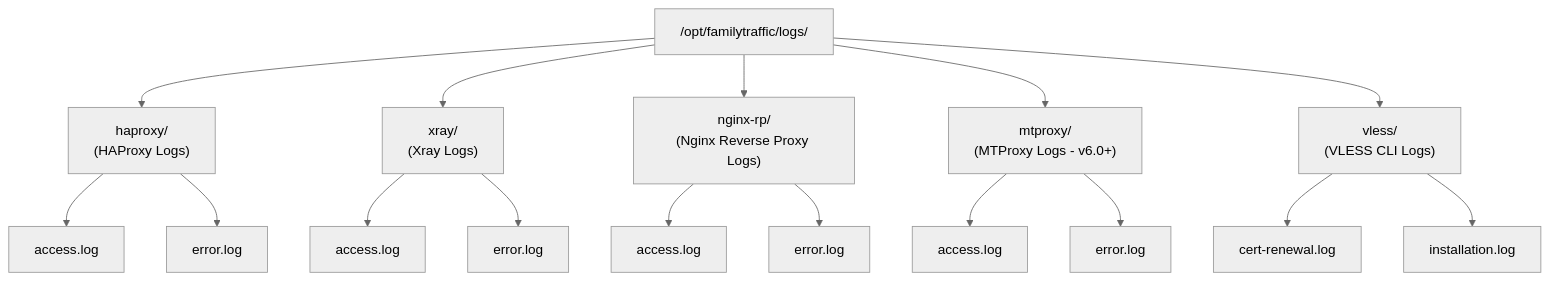
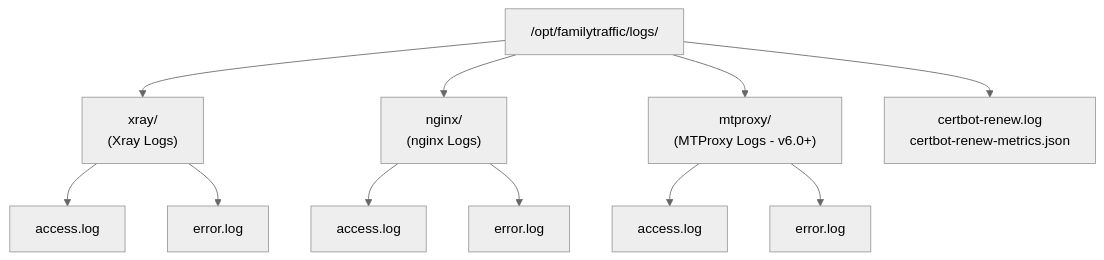
Before and after one commit to ikeniborn/vless: the sixth of 10 diagrams in docs/architecture/diagrams/deployment/filesystem-layout.md, drawn with Mermaid (neutral theme). The commit also changed other lines of this file and 24 other files, not shown here.

````diff
--- a/docs/architecture/diagrams/deployment/filesystem-layout.md
+++ b/docs/architecture/diagrams/deployment/filesystem-layout.md
@@ -221,31 +223,23 @@
 ```mermaid
 graph TB
     LogsDir["/opt/familytraffic/logs/"]
 
-    HAProxyLogs["haproxy/<br/>(HAProxy Logs)"]
     XrayLogs["xray/<br/>(Xray Logs)"]
-    NginxRPLogs["nginx-rp/<br/>(Nginx Reverse Proxy Logs)"]
+    NginxLogs["nginx/<br/>(nginx Logs)"]
     MTProxyLogs["mtproxy/<br/>(MTProxy Logs - v6.0+)"]
-    VLESSLogs["vless/<br/>(VLESS CLI Logs)"]
+    CertLogs["certbot-renew.log<br/>certbot-renew-metrics.json"]
 
-    LogsDir --> HAProxyLogs
     LogsDir --> XrayLogs
-    LogsDir --> NginxRPLogs
+    LogsDir --> NginxLogs
     LogsDir --> MTProxyLogs
-    LogsDir --> VLESSLogs
-
-    HAProxyLogs --> HAProxyAccess["access.log"]
-    HAProxyLogs --> HAProxyError["error.log"]
+    LogsDir --> CertLogs
 
     XrayLogs --> XrayAccess["access.log"]
     XrayLogs --> XrayError["error.log"]
 
-    NginxRPLogs --> NginxAccess["access.log"]
-    NginxRPLogs --> NginxError["error.log"]
+    NginxLogs --> NginxAccess["access.log"]
+    NginxLogs --> NginxError["error.log"]
 
     MTProxyLogs --> MTProxyAccess["access.log"]
     MTProxyLogs --> MTProxyError["error.log"]
-
-    VLESSLogs --> CertRenewal["cert-renewal.log"]
-    VLESSLogs --> InstallLog["installation.log"]
 ```
````
